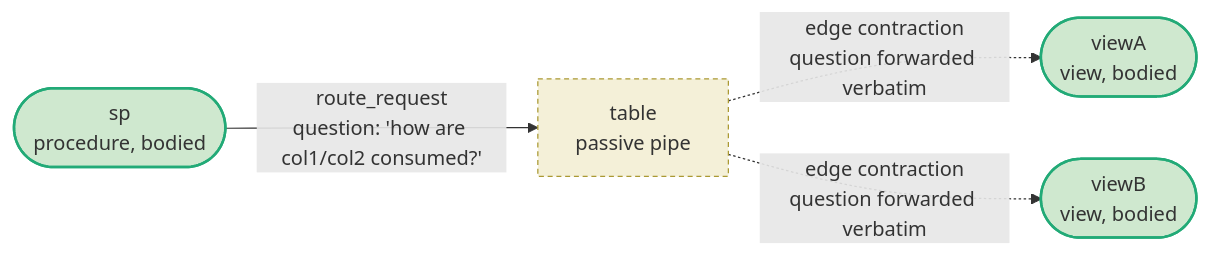
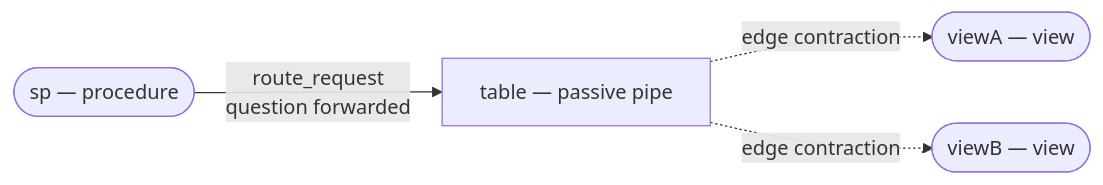
Before and after one commit to ChrisDevRepo/vscode_data_lineage: the third of 10 diagrams in docs/AI_ARCHITECTURE.md, drawn with Mermaid. The commit also changed other lines of this file and 1 other file, not shown here.

First line of the commit message:
docs: add Mermaid diagrams, TOCs, glossary; dedupe cross-file prose

````diff
--- a/docs/AI_ARCHITECTURE.md
+++ b/docs/AI_ARCHITECTURE.md
@@ -123,12 +103,10 @@
 ```mermaid
 graph LR
-    SP([sp<br/>procedure, bodied]):::bodied
-    T[table<br/>passive pipe]:::passive
-    VA([viewA<br/>view, bodied]):::bodied
-    VB([viewB<br/>view, bodied]):::bodied
-    SP -->|route_request<br/>question: 'how are col1/col2 consumed?'| T
-    T -.->|edge contraction<br/>question forwarded verbatim| VA
-    T -.->|edge contraction<br/>question forwarded verbatim| VB
-    classDef bodied fill:#cfe8cf,stroke:#2a7,stroke-width:2px
-    classDef passive fill:#f4f0d8,stroke:#a93,stroke-dasharray:4 3
+    SP([sp — procedure])
+    T[table — passive pipe]
+    VA([viewA — view])
+    VB([viewB — view])
+    SP -->|route_request<br/>question forwarded| T
+    T -.->|edge contraction| VA
+    T -.->|edge contraction| VB
 ```
````
